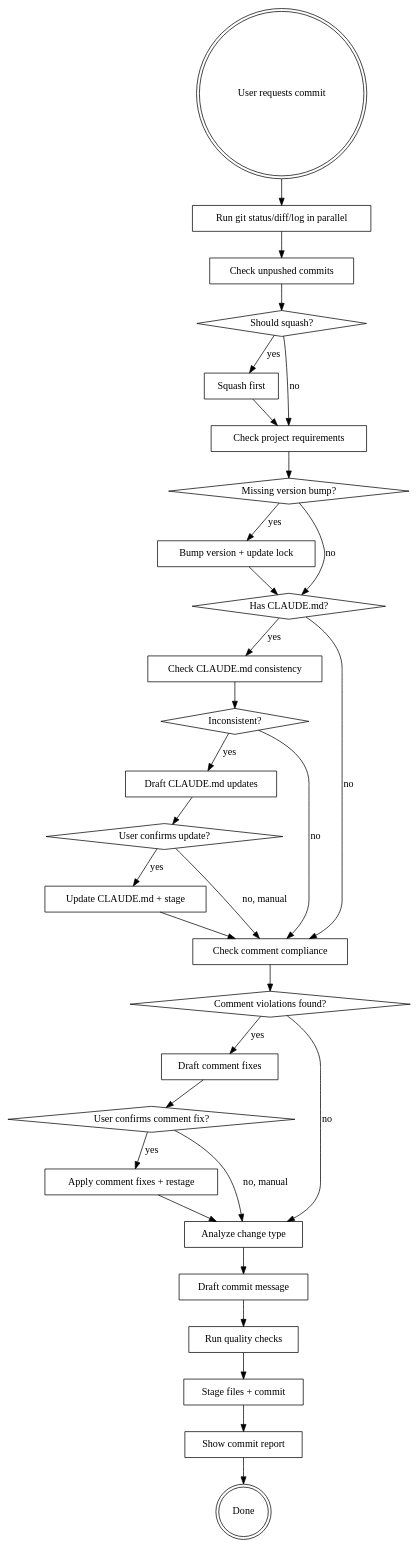
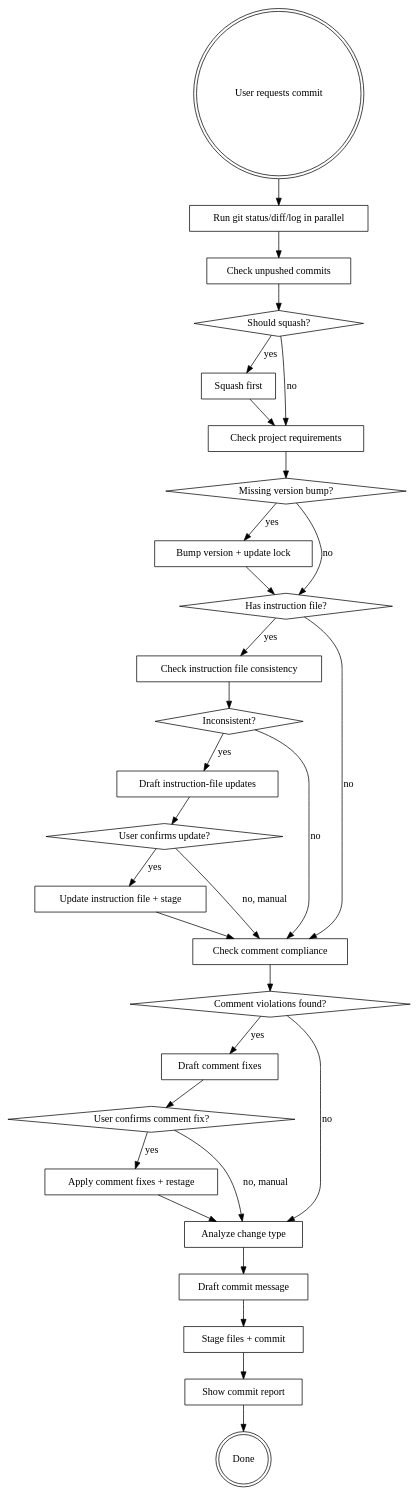
The diagram in .agents/skills/commit/SKILL.md (gitduk/dotfiles), drawn with Graphviz before and after one commit. The commit also changed other lines of this file and 200 other files, not shown here.

````diff
--- a/.agents/skills/commit/SKILL.md
+++ b/.agents/skills/commit/SKILL.md
@@ -32,61 +30,59 @@
 ```dot
 digraph commit_flow {
     "User requests commit" [shape=doublecircle];
     "Run git status/diff/log in parallel" [shape=box];
     "Check unpushed commits" [shape=box];
     "Should squash?" [shape=diamond];
     "Squash first" [shape=box];
     "Check project requirements" [shape=box];
     "Missing version bump?" [shape=diamond];
     "Bump version + update lock" [shape=box];
-    "Has CLAUDE.md?" [shape=diamond];
-    "Check CLAUDE.md consistency" [shape=box];
+    "Has instruction file?" [shape=diamond];
+    "Check instruction file consistency" [shape=box];
     "Inconsistent?" [shape=diamond];
-    "Draft CLAUDE.md updates" [shape=box];
+    "Draft instruction-file updates" [shape=box];
     "User confirms update?" [shape=diamond];
-    "Update CLAUDE.md + stage" [shape=box];
+    "Update instruction file + stage" [shape=box];
     "Check comment compliance" [shape=box];
     "Comment violations found?" [shape=diamond];
     "Draft comment fixes" [shape=box];
     "User confirms comment fix?" [shape=diamond];
     "Apply comment fixes + restage" [shape=box];
     "Analyze change type" [shape=box];
     "Draft commit message" [shape=box];
-    "Run quality checks" [shape=box];
     "Stage files + commit" [shape=box];
     "Show commit report" [shape=box];
     "Done" [shape=doublecircle];
 
     "User requests commit" -> "Run git status/diff/log in parallel";
     "Run git status/diff/log in parallel" -> "Check unpushed commits";
     "Check unpushed commits" -> "Should squash?";
     "Should squash?" -> "Squash first" [label="yes"];
     "Should squash?" -> "Check project requirements" [label="no"];
     "Squash first" -> "Check project requirements";
     "Check project requirements" -> "Missing version bump?";
     "Missing version bump?" -> "Bump version + update lock" [label="yes"];
-    "Missing version bump?" -> "Has CLAUDE.md?" [label="no"];
-    "Bump version + update lock" -> "Has CLAUDE.md?";
-    "Has CLAUDE.md?" -> "Check CLAUDE.md consistency" [label="yes"];
-    "Has CLAUDE.md?" -> "Check comment compliance" [label="no"];
-    "Check CLAUDE.md consistency" -> "Inconsistent?";
-    "Inconsistent?" -> "Draft CLAUDE.md updates" [label="yes"];
+    "Missing version bump?" -> "Has instruction file?" [label="no"];
+    "Bump version + update lock" -> "Has instruction file?";
+    "Has instruction file?" -> "Check instruction file consistency" [label="yes"];
+    "Has instruction file?" -> "Check comment compliance" [label="no"];
+    "Check instruction file consistency" -> "Inconsistent?";
+    "Inconsistent?" -> "Draft instruction-file updates" [label="yes"];
     "Inconsistent?" -> "Check comment compliance" [label="no"];
-    "Draft CLAUDE.md updates" -> "User confirms update?";
-    "User confirms update?" -> "Update CLAUDE.md + stage" [label="yes"];
+    "Draft instruction-file updates" -> "User confirms update?";
+    "User confirms update?" -> "Update instruction file + stage" [label="yes"];
     "User confirms update?" -> "Check comment compliance" [label="no, manual"];
-    "Update CLAUDE.md + stage" -> "Check comment compliance";
+    "Update instruction file + stage" -> "Check comment compliance";
     "Check comment compliance" -> "Comment violations found?";
     "Comment violations found?" -> "Draft comment fixes" [label="yes"];
     "Comment violations found?" -> "Analyze change type" [label="no"];
     "Draft comment fixes" -> "User confirms comment fix?";
     "User confirms comment fix?" -> "Apply comment fixes + restage" [label="yes"];
     "User confirms comment fix?" -> "Analyze change type" [label="no, manual"];
     "Apply comment fixes + restage" -> "Analyze change type";
     "Analyze change type" -> "Draft commit message";
-    "Draft commit message" -> "Run quality checks";
-    "Run quality checks" -> "Stage files + commit";
+    "Draft commit message" -> "Stage files + commit";
     "Stage files + commit" -> "Show commit report";
     "Show commit report" -> "Done";
 }
 ```
````
